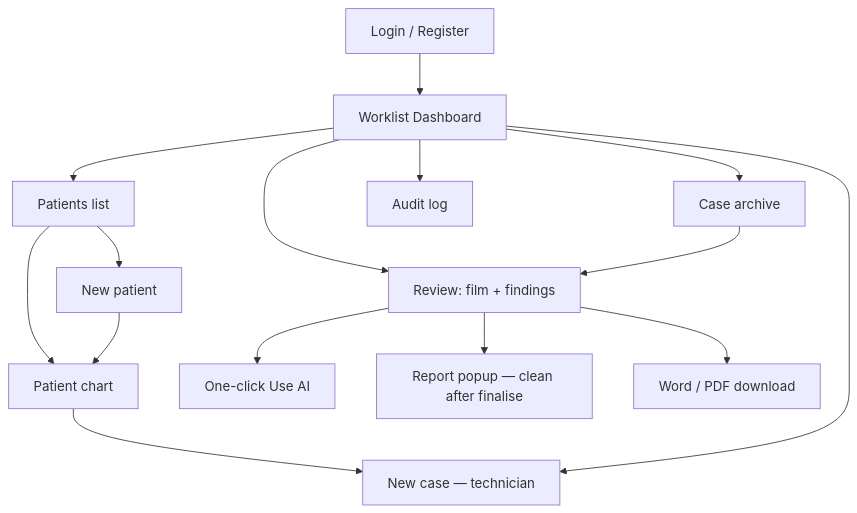
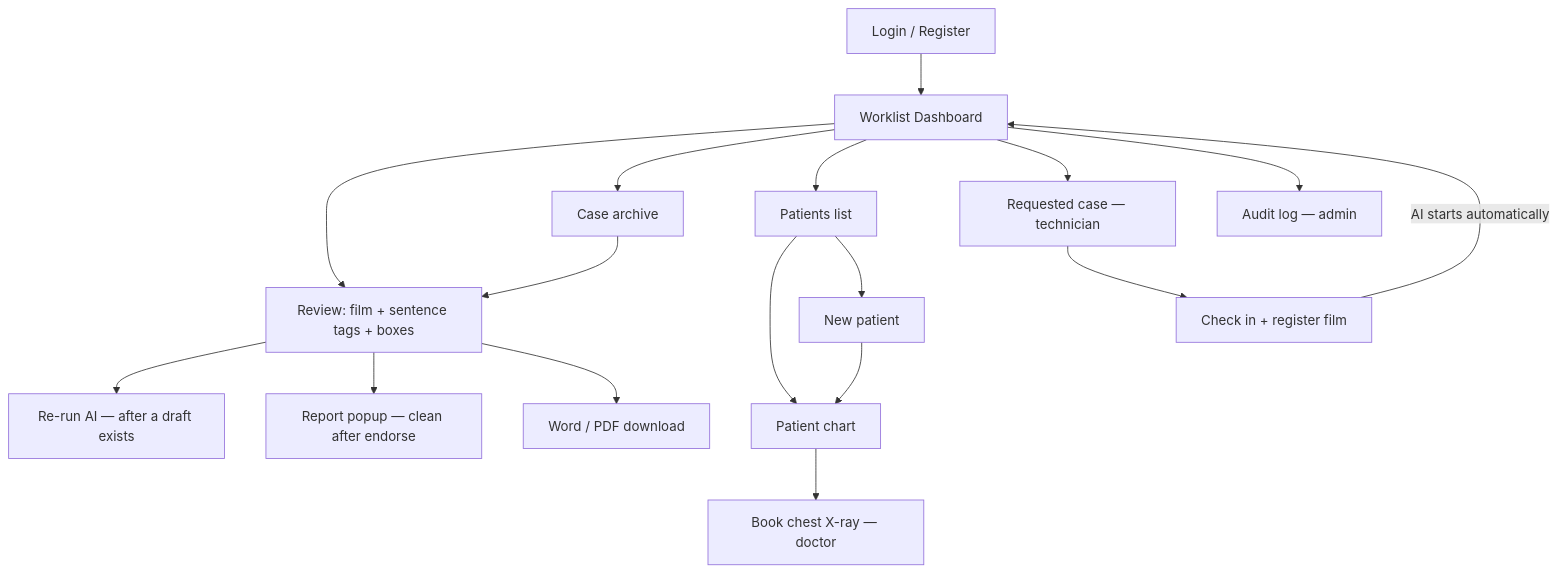
The seventh of 7 diagrams in docs/fyp-project-plan-and-initial-analysis.md (23226609/Radassist), drawn with Mermaid before and after one commit. The commit also changed other lines of this file and 32 other files, not shown here.

````diff
--- a/docs/fyp-project-plan-and-initial-analysis.md
+++ b/docs/fyp-project-plan-and-initial-analysis.md
@@ -667,18 +675,20 @@
 ```mermaid
 flowchart TB
   L[Login / Register]
   L --> W[Worklist Dashboard]
-  W --> R[Review: film + findings]
+  W --> R[Review: film + sentence tags + boxes]
   W --> CA[Case archive]
   W --> P[Patients list]
   P --> PC[Patient chart]
-  PC --> NC[New case — technician]
-  W --> NC
+  PC --> BK[Book chest X-ray — doctor]
+  W --> RQ[Requested case — technician]
+  RQ --> NC[Check in + register film]
+  NC -->|AI starts automatically| W
   P --> NP[New patient]
   NP --> PC
-  R --> AI[One-click Use AI]
-  R --> RP[Report popup — clean after finalise]
+  R --> AI[Re-run AI — after a draft exists]
+  R --> RP[Report popup — clean after endorse]
   R --> DL[Word / PDF download]
-  W --> AU[Audit log]
+  W --> AU[Audit log — admin]
   CA --> R
 ```
````
